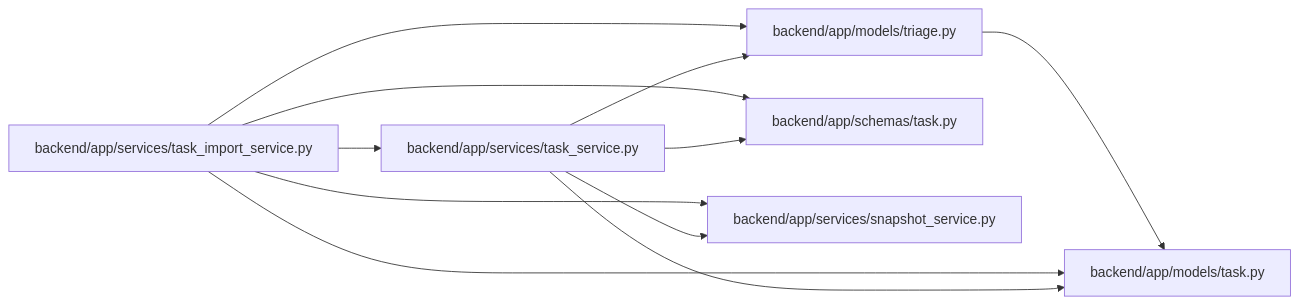
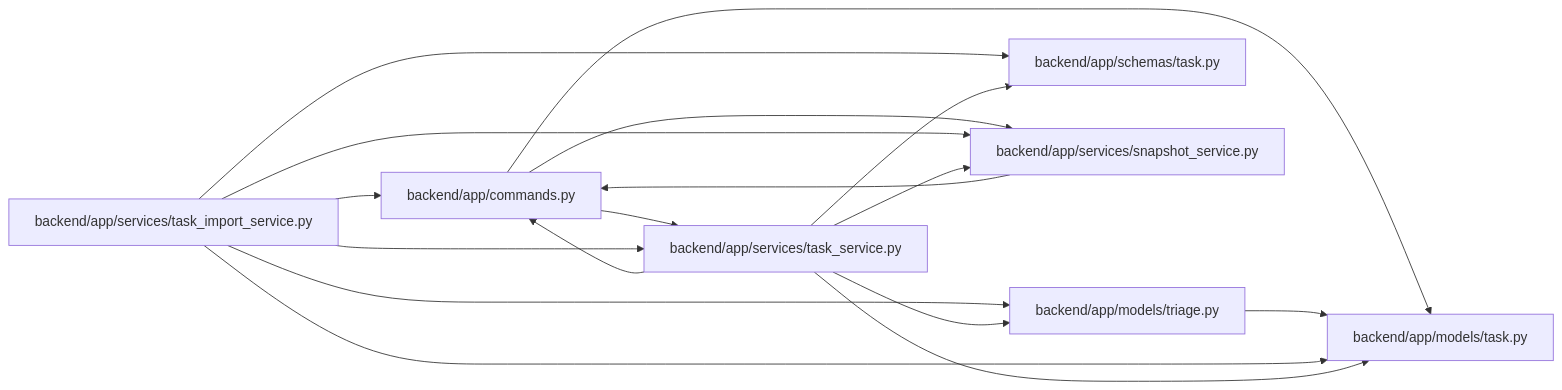
The diagram in docs/llm_wiki/modules/task_import_service.md (Denissvgn/WorkChord), drawn with Mermaid before and after one commit. The commit also changed other lines of this file and 958 other files, not shown here.

First line of the commit message:
docs(wiki): refresh identity and recovery architecture

````diff
--- a/docs/llm_wiki/modules/task_import_service.md
+++ b/docs/llm_wiki/modules/task_import_service.md
@@ -25,25 +26,33 @@
 ```mermaid
 flowchart LR
-    n0["backend/app/models/task.py"]
-    n1["backend/app/models/triage.py"]
-    n2["backend/app/schemas/task.py"]
-    n3["backend/app/services/snapshot_service.py"]
-    n4["backend/app/services/task_import_service.py"]
-    n5["backend/app/services/task_service.py"]
-    n1 --> n0
+    n0["backend/app/commands.py"]
+    n1["backend/app/models/task.py"]
+    n2["backend/app/models/triage.py"]
+    n3["backend/app/schemas/task.py"]
+    n4["backend/app/services/snapshot_service.py"]
+    n5["backend/app/services/task_import_service.py"]
+    n6["backend/app/services/task_service.py"]
+    n0 --> n1
+    n0 --> n4
+    n0 --> n6
+    n2 --> n1
     n4 --> n0
-    n4 --> n1
-    n4 --> n2
-    n4 --> n3
-    n4 --> n5
     n5 --> n0
     n5 --> n1
     n5 --> n2
     n5 --> n3
-    click n0 "../modules/models_task.md"
-    click n1 "../modules/models_triage.md"
-    click n2 "../modules/schemas_task.md"
-    click n3 "../modules/snapshot_service.md"
-    click n4 "../modules/task_import_service.md"
-    click n5 "../modules/task_service.md"
+    n5 --> n4
+    n5 --> n6
+    n6 --> n0
+    n6 --> n1
+    n6 --> n2
+    n6 --> n3
+    n6 --> n4
+    click n0 "../modules/commands.md"
+    click n1 "../modules/models_task.md"
+    click n2 "../modules/models_triage.md"
+    click n3 "../modules/schemas_task.md"
+    click n4 "../modules/snapshot_service.md"
+    click n5 "../modules/task_import_service.md"
+    click n6 "../modules/task_service.md"
 ```
````
